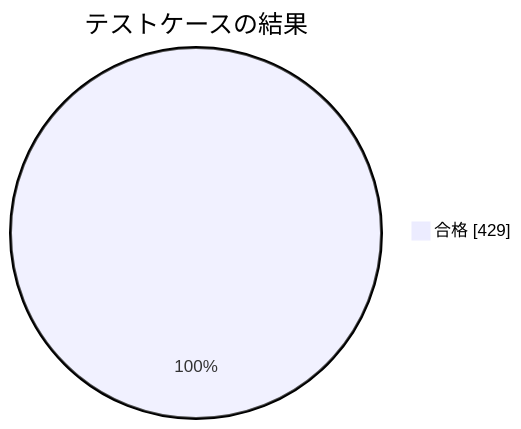
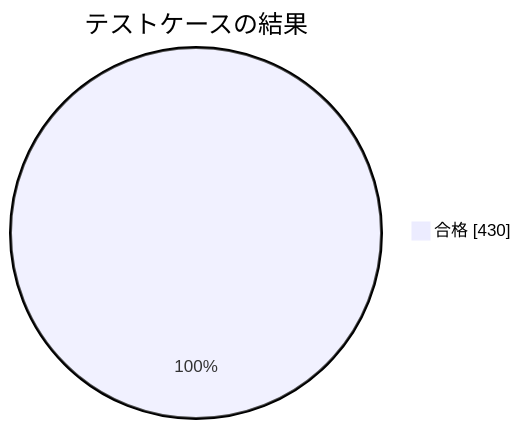
Before and after one commit to pocarialice/rpglearning: the second of 3 diagrams in documents/モジュールテスト結果報告書_RPG学習アプリ.md, drawn with Mermaid. The commit also changed other lines of this file and 1 other file, not shown here.

````diff
--- a/documents/モジュールテスト結果報告書_RPG学習アプリ.md
+++ b/documents/モジュールテスト結果報告書_RPG学習アプリ.md
@@ -60,4 +60,4 @@
 ```mermaid
 pie showData title テストケースの結果
-  "合格" : 429
+  "合格" : 430
 ```
````
